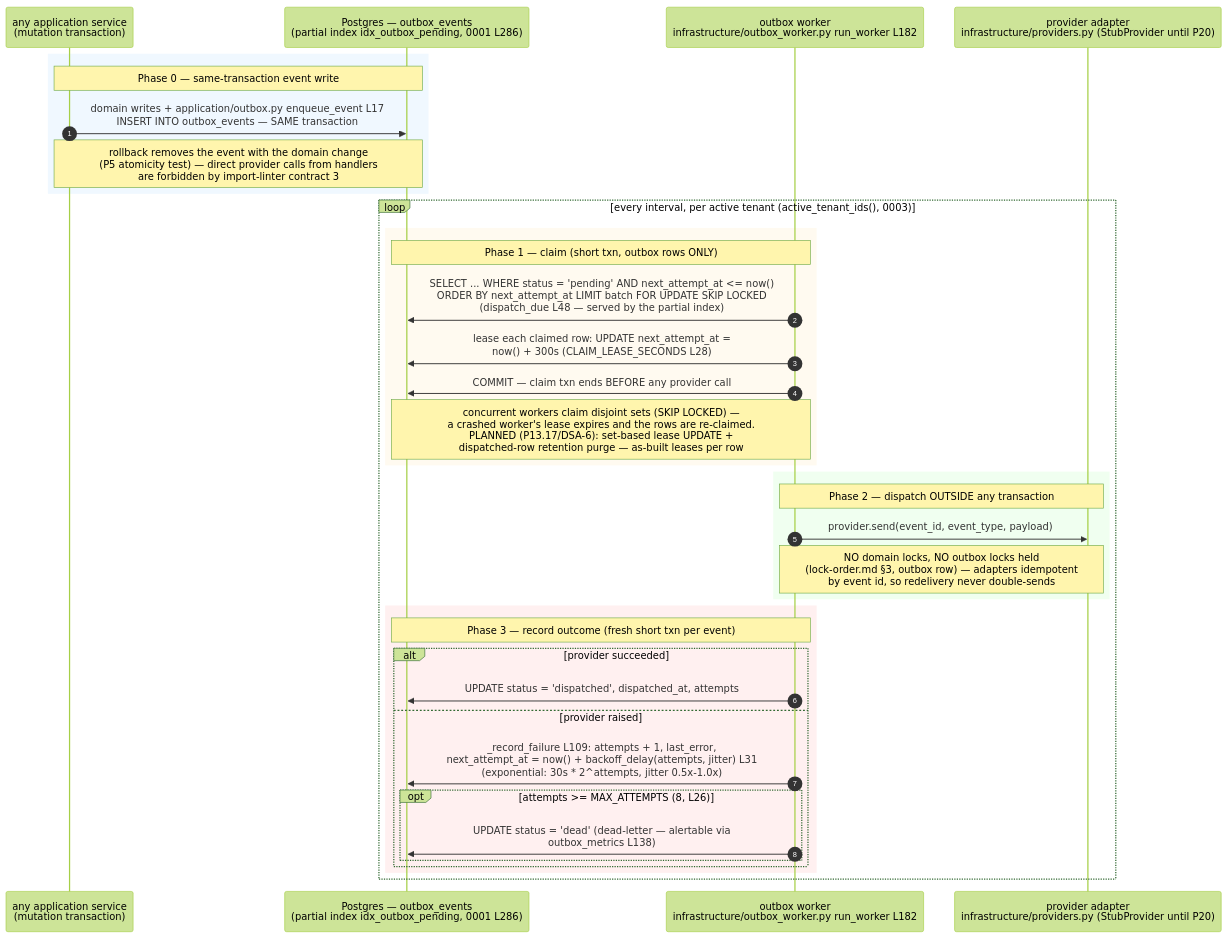
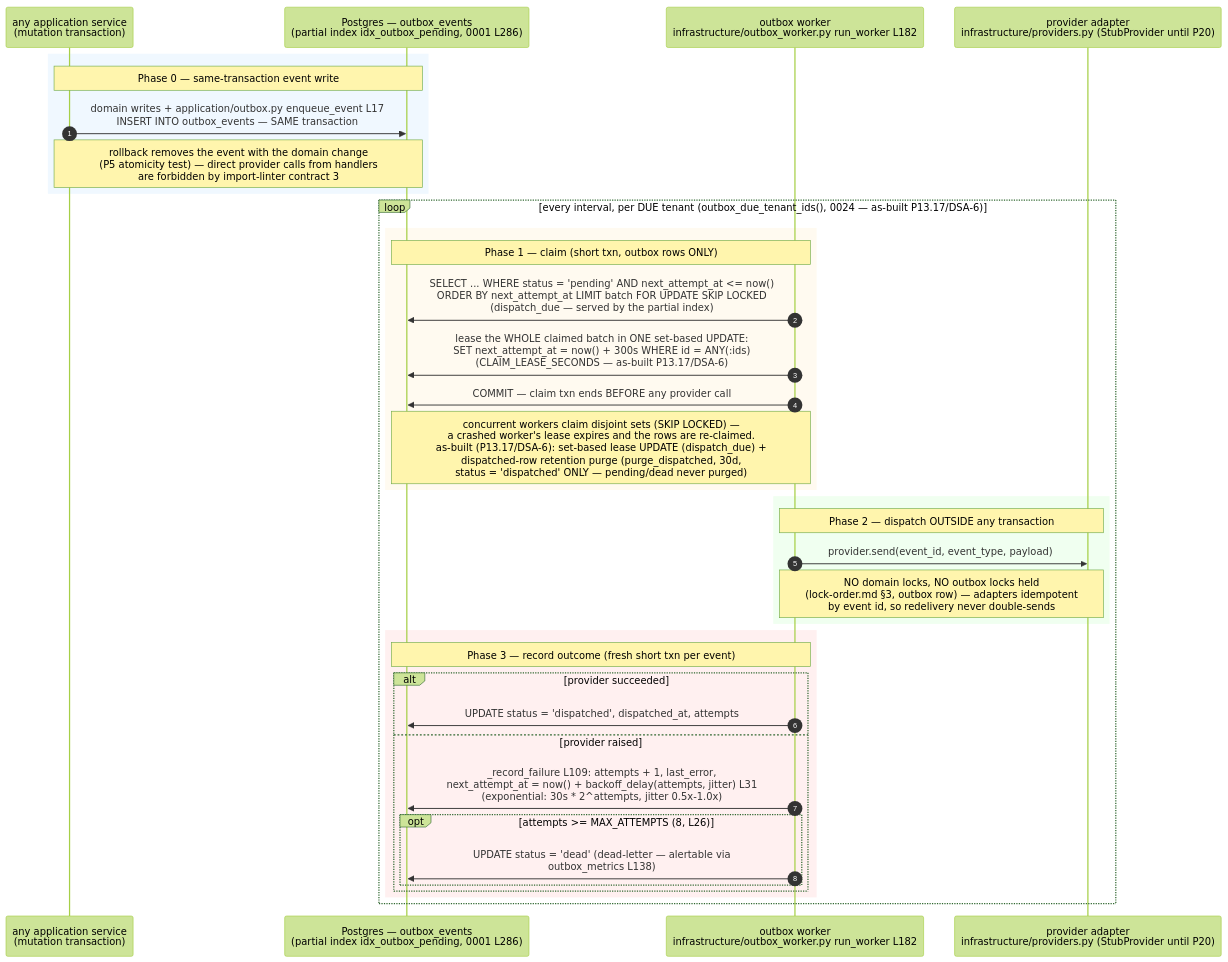
The diagram in docs/diagrams/sequence-outbox-dispatch.md (Benson-Kim/genesis-sacco), drawn with Mermaid (forest theme) before and after one commit. The commit also changed other lines of this file, not shown here.

First line of the commit message:
docs(diagrams): flip P13.17/DSA-6 PLANNED markers to as-built in sequence-outbox-dispatch (!44)

````diff
--- a/docs/diagrams/sequence-outbox-dispatch.md
+++ b/docs/diagrams/sequence-outbox-dispatch.md
@@ -20,40 +22,40 @@
 ```mermaid
 sequenceDiagram
     autonumber
     participant SVC as any application service<br/>(mutation transaction)
     participant PG as Postgres — outbox_events<br/>(partial index idx_outbox_pending, 0001 L286)
     participant W as outbox worker<br/>infrastructure/outbox_worker.py run_worker L182
     participant P as provider adapter<br/>infrastructure/providers.py (StubProvider until P20)
 
     rect rgb(240,248,255)
     Note over SVC,PG: Phase 0 — same-transaction event write
     SVC->>PG: domain writes + application/outbox.py enqueue_event L17<br/>INSERT INTO outbox_events — SAME transaction
     Note over SVC,PG: rollback removes the event with the domain change<br/>(P5 atomicity test) — direct provider calls from handlers<br/>are forbidden by import-linter contract 3
     end
 
-    loop every interval, per active tenant (active_tenant_ids(), 0003)
+    loop every interval, per DUE tenant (outbox_due_tenant_ids(), 0024 — as-built P13.17/DSA-6)
         rect rgb(255,250,240)
         Note over W,PG: Phase 1 — claim (short txn, outbox rows ONLY)
-        W->>PG: SELECT ... WHERE status = 'pending' AND next_attempt_at <= now()<br/>ORDER BY next_attempt_at LIMIT batch FOR UPDATE SKIP LOCKED<br/>(dispatch_due L48 — served by the partial index)
-        W->>PG: lease each claimed row: UPDATE next_attempt_at =<br/>now() + 300s (CLAIM_LEASE_SECONDS L28)
+        W->>PG: SELECT ... WHERE status = 'pending' AND next_attempt_at <= now()<br/>ORDER BY next_attempt_at LIMIT batch FOR UPDATE SKIP LOCKED<br/>(dispatch_due — served by the partial index)
+        W->>PG: lease the WHOLE claimed batch in ONE set-based UPDATE:<br/>SET next_attempt_at = now() + 300s WHERE id = ANY(:ids)<br/>(CLAIM_LEASE_SECONDS — as-built P13.17/DSA-6)
         W->>PG: COMMIT — claim txn ends BEFORE any provider call
-        Note over W,PG: concurrent workers claim disjoint sets (SKIP LOCKED) —<br/>a crashed worker's lease expires and the rows are re-claimed.<br/>PLANNED (P13.17/DSA-6): set-based lease UPDATE +<br/>dispatched-row retention purge — as-built leases per row
+        Note over W,PG: concurrent workers claim disjoint sets (SKIP LOCKED) —<br/>a crashed worker's lease expires and the rows are re-claimed.<br/>as-built (P13.17/DSA-6): set-based lease UPDATE (dispatch_due) +<br/>dispatched-row retention purge (purge_dispatched, 30d,<br/>status = 'dispatched' ONLY — pending/dead never purged)
         end
         rect rgb(240,255,240)
         Note over W,P: Phase 2 — dispatch OUTSIDE any transaction
         W->>P: provider.send(event_id, event_type, payload)
         Note over W,P: NO domain locks, NO outbox locks held<br/>(lock-order.md §3, outbox row) — adapters idempotent<br/>by event id, so redelivery never double-sends
         end
         rect rgb(255,240,240)
         Note over W,PG: Phase 3 — record outcome (fresh short txn per event)
         alt provider succeeded
             W->>PG: UPDATE status = 'dispatched', dispatched_at, attempts
         else provider raised
             W->>PG: _record_failure L109: attempts + 1, last_error,<br/>next_attempt_at = now() + backoff_delay(attempts, jitter) L31<br/>(exponential: 30s * 2^attempts, jitter 0.5x-1.0x)
             opt attempts >= MAX_ATTEMPTS (8, L26)
                 W->>PG: UPDATE status = 'dead' (dead-letter — alertable via<br/>outbox_metrics L138)
             end
         end
         end
     end
 ```
````
